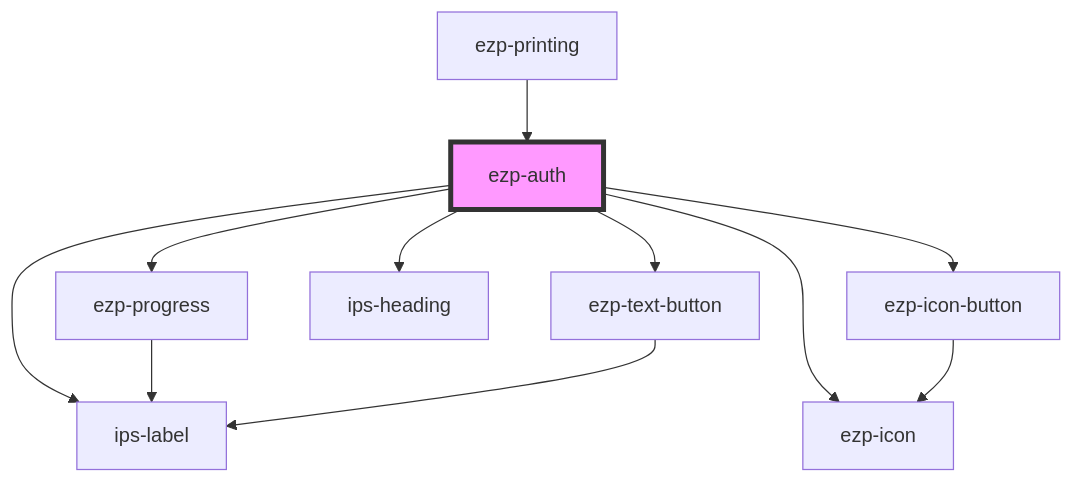
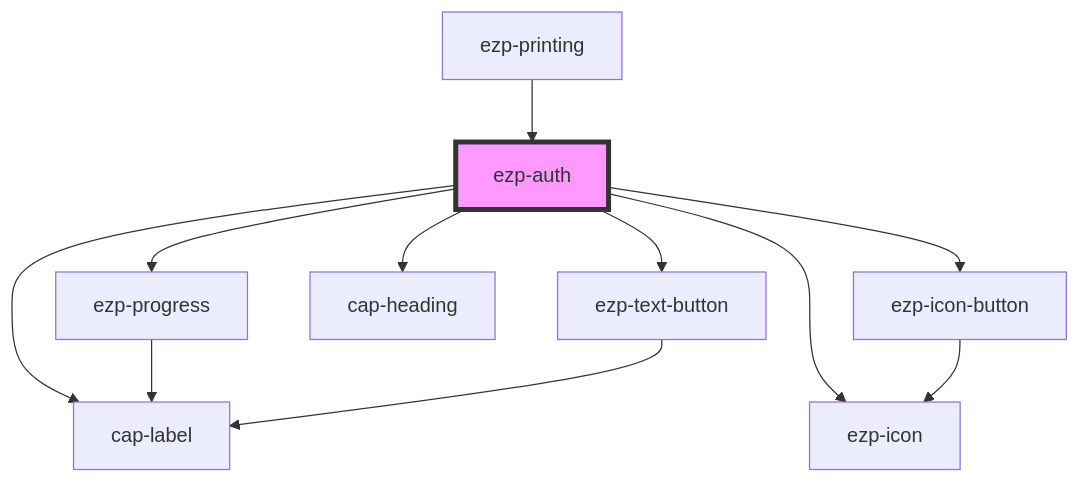
The diagram in src/components/ezp-auth/readme.md (ezeep/ezeep-js), drawn with Mermaid before and after one commit. The commit also changed other lines of this file and 25 other files, not shown here.

````diff
--- a/src/components/ezp-auth/readme.md
+++ b/src/components/ezp-auth/readme.md
@@ -47,14 +44,14 @@
 ```mermaid
 graph TD;
   ezp-auth --> ezp-progress
   ezp-auth --> ezp-icon-button
   ezp-auth --> ezp-icon
-  ezp-auth --> ips-heading
-  ezp-auth --> ips-label
+  ezp-auth --> cap-heading
+  ezp-auth --> cap-label
   ezp-auth --> ezp-text-button
-  ezp-progress --> ips-label
+  ezp-progress --> cap-label
   ezp-icon-button --> ezp-icon
-  ezp-text-button --> ips-label
+  ezp-text-button --> cap-label
   ezp-printing --> ezp-auth
   style ezp-auth fill:#f9f,stroke:#333,stroke-width:4px
 ```
````
